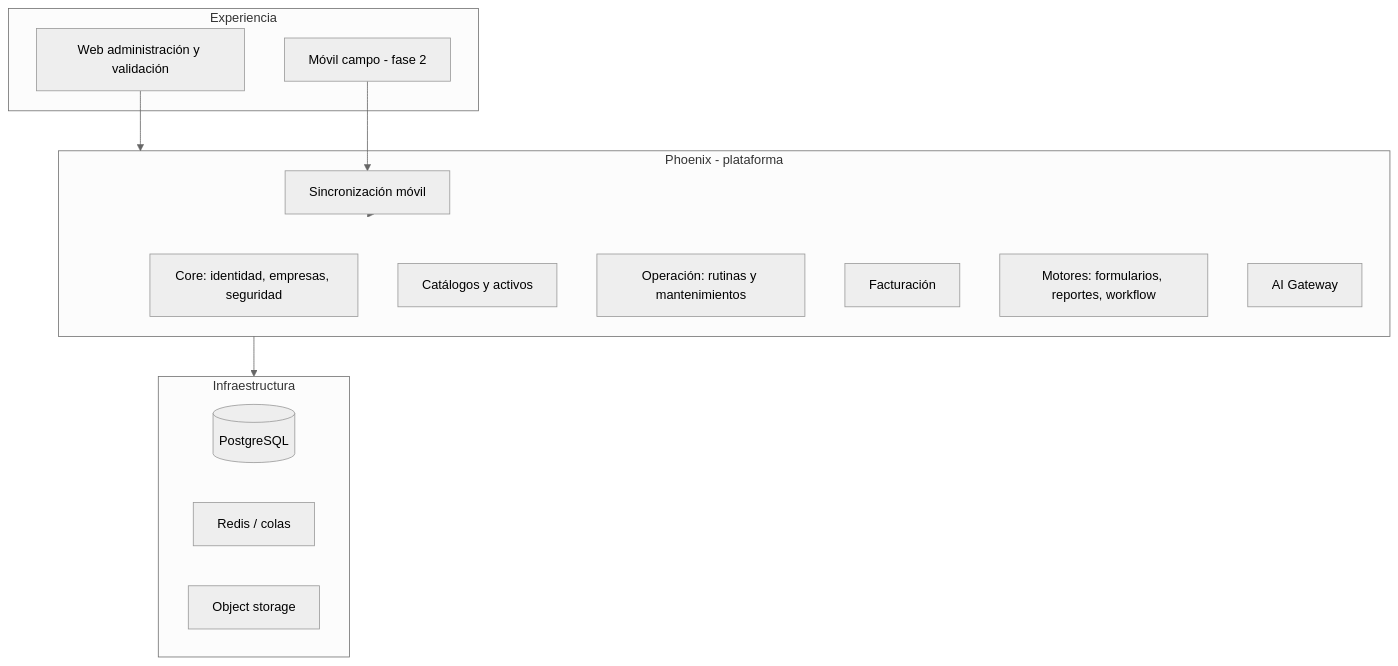
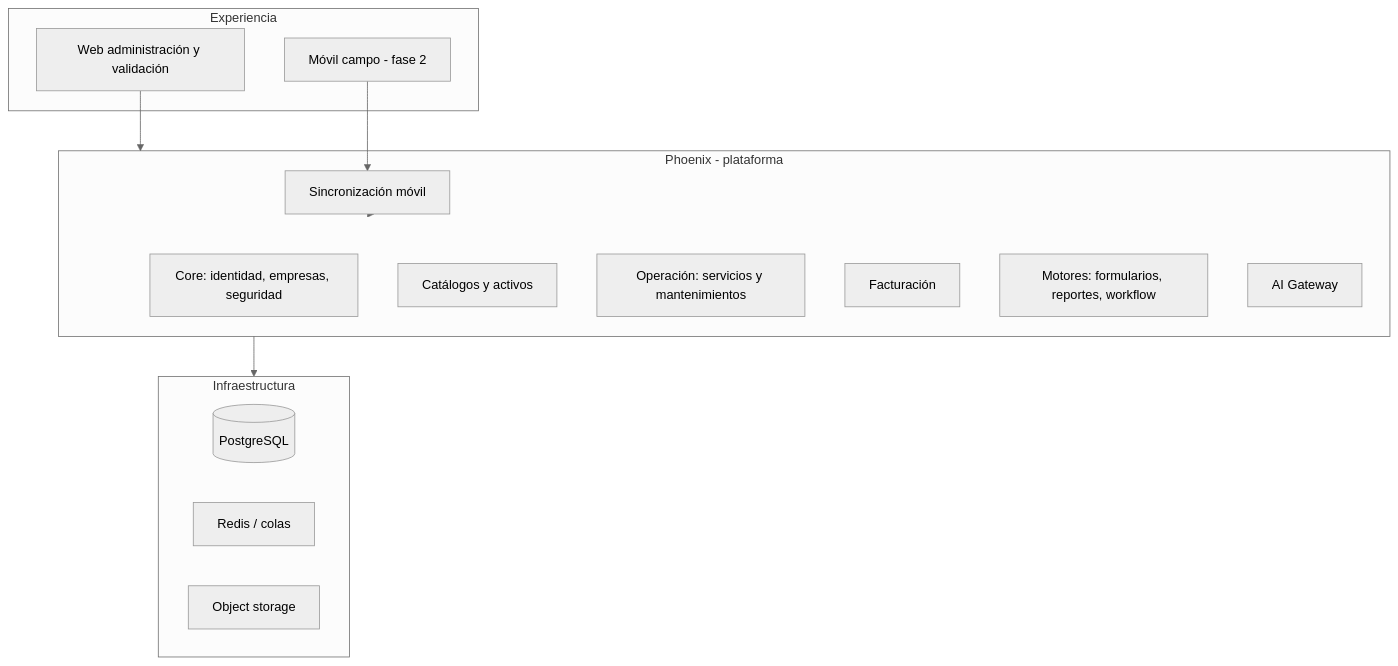
Before and after one commit to Adrian247/noah: the first of 2 diagrams in openspec/vision/concept.md, drawn with Mermaid (neutral theme). The commit also changed other lines of this file and 279 other files, not shown here.

````diff
--- a/openspec/vision/concept.md
+++ b/openspec/vision/concept.md
@@ -22,28 +22,28 @@
 ```mermaid
 flowchart TB
   subgraph experience [Experiencia]
     Web[Web administración y validación]
     Mobile[Móvil campo - fase 2]
   end
 
   subgraph platform [Phoenix - plataforma]
     Core[Core: identidad, empresas, seguridad]
     Catalog[Catálogos y activos]
-    Ops[Operación: rutinas y mantenimientos]
+    Ops[Operación: servicios y mantenimientos]
     Money[Facturación]
     Engines[Motores: formularios, reportes, workflow]
     AI[AI Gateway]
     Sync[Sincronización móvil]
   end
 
   subgraph infra [Infraestructura]
     DB[(PostgreSQL)]
     Q[Redis / colas]
     OBJ[Object storage]
   end
 
   Web --> platform
   Mobile --> Sync
   Sync --> platform
   platform --> infra
 ```
````
